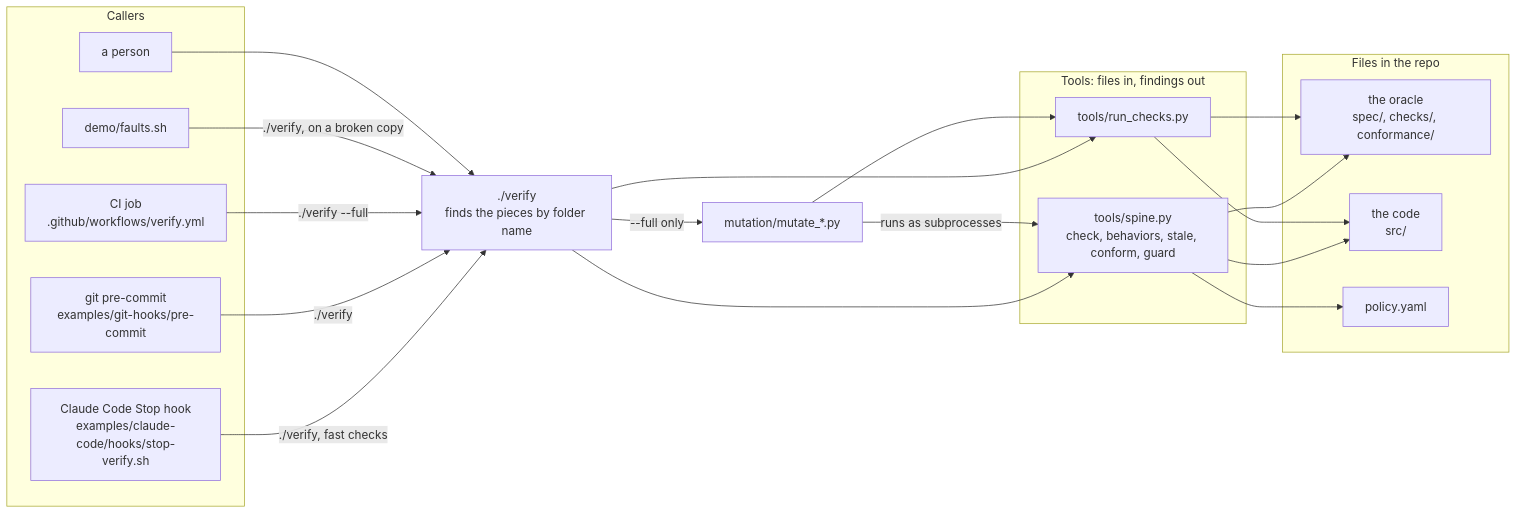
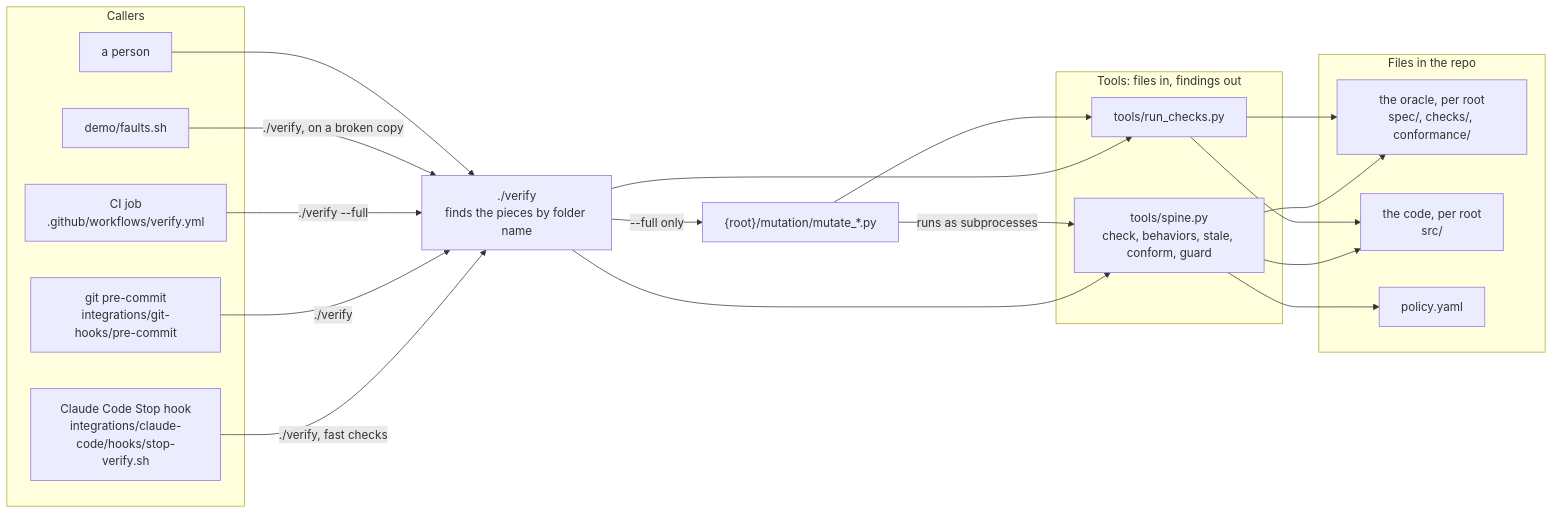
Before and after one commit to 23min/verifier-kit: the first of 5 diagrams in docs/architecture.md, drawn with Mermaid. The commit also changed other lines of this file and 4 other files, not shown here.

````diff
--- a/docs/architecture.md
+++ b/docs/architecture.md
@@ -14,36 +15,36 @@
 ```mermaid
 flowchart LR
   subgraph callers["Callers"]
-    stop["Claude Code Stop hook<br/>examples/claude-code/hooks/stop-verify.sh"]
-    pre["git pre-commit<br/>examples/git-hooks/pre-commit"]
+    stop["Claude Code Stop hook<br/>integrations/claude-code/hooks/stop-verify.sh"]
+    pre["git pre-commit<br/>integrations/git-hooks/pre-commit"]
     ci["CI job<br/>.github/workflows/verify.yml"]
     faults["demo/faults.sh"]
     person["a person"]
   end
   verify["./verify<br/>finds the pieces by folder name"]
   subgraph tools["Tools: files in, findings out"]
     spine["tools/spine.py<br/>check, behaviors, stale, conform, guard"]
     rc["tools/run_checks.py"]
   end
-  mut["mutation/mutate_*.py"]
+  mut["{root}/mutation/mutate_*.py"]
   subgraph files["Files in the repo"]
-    oracle["the oracle<br/>spec/, checks/, conformance/"]
-    code["the code<br/>src/"]
+    oracle["the oracle, per root<br/>spec/, checks/, conformance/"]
+    code["the code, per root<br/>src/"]
     policy["policy.yaml"]
   end
   stop -->|"./verify, fast checks"| verify
   pre -->|"./verify"| verify
   ci -->|"./verify --full"| verify
   faults -->|"./verify, on a broken copy"| verify
   person --> verify
   verify --> spine
   verify --> rc
   verify -->|"--full only"| mut
   mut -->|"runs as subprocesses"| spine
   mut --> rc
   spine --> oracle
   spine --> code
   spine --> policy
   rc --> oracle
   rc --> code
 ```
````
